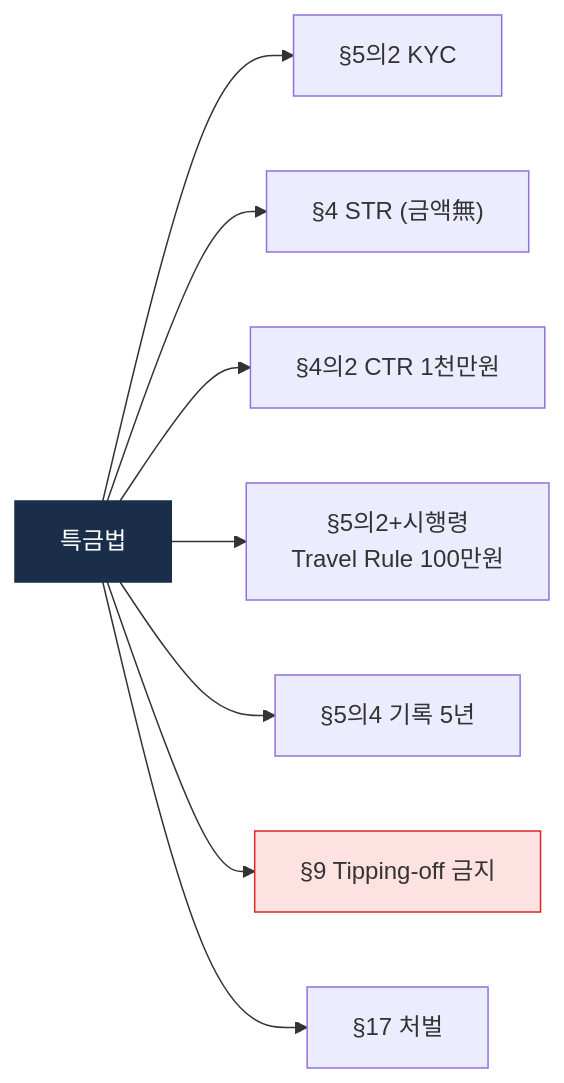
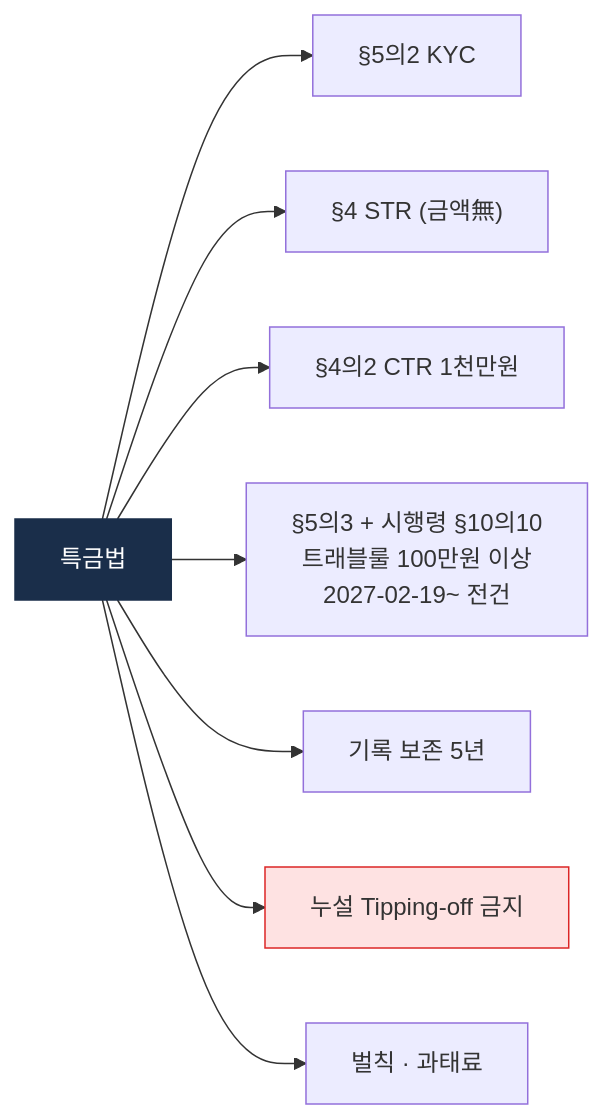
One commit to lala-david/aml-notes changed the first of 2 diagrams in curriculum/day_09.md. Above: the diagram before and after it, drawn with Mermaid. The commit also changed other lines of this file and 233 other files, not shown here.

````diff
--- a/curriculum/day_09.md
+++ b/curriculum/day_09.md
@@ -13,12 +13,12 @@
 ```mermaid
 flowchart LR
     S["특금법"] --> K["§5의2 KYC"]
     S --> STR["§4 STR (금액無)"]
     S --> CTR["§4의2 CTR 1천만원"]
-    S --> TR["§5의2+시행령<br/>Travel Rule 100만원"]
-    S --> R["§5의4 기록 5년"]
-    S --> T["§9 Tipping-off 금지"]
-    S --> P["§17 처벌"]
+    S --> TR["§5의3 + 시행령 §10의10<br/>트래블룰 100만원 이상<br/>2027-02-19~ 전건"]
+    S --> R["기록 보존 5년"]
+    S --> T["누설 Tipping-off 금지"]
+    S --> P["벌칙 · 과태료"]
     style S fill:#1a2e4a,color:#fff,stroke:#1a2e4a
     style T fill:#fee2e2,stroke:#dc2626
 ```
````
